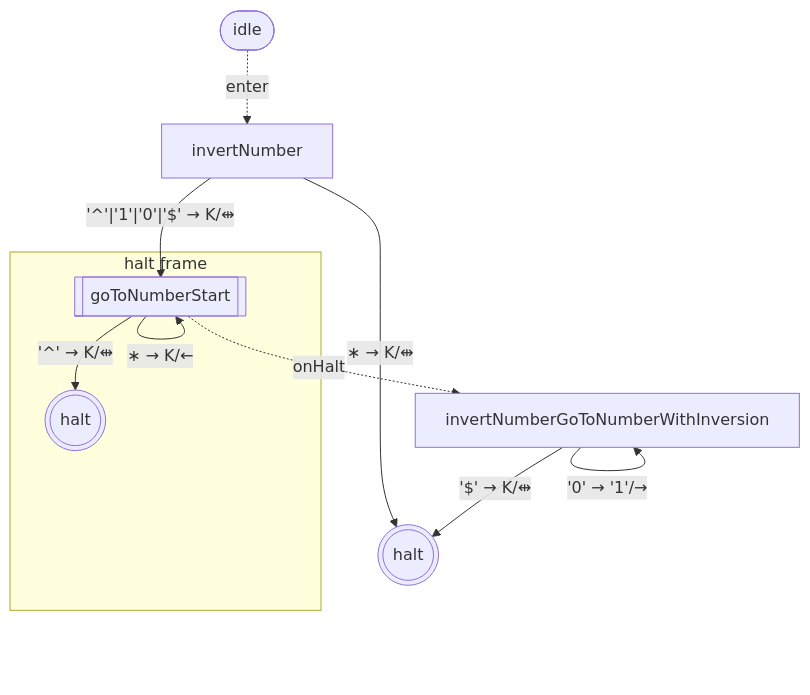
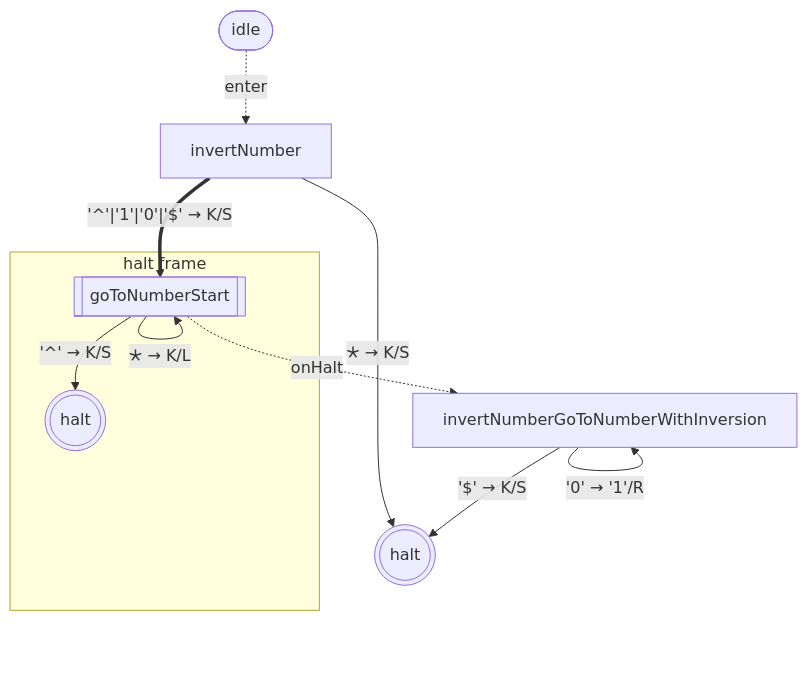
The sixth of 10 diagrams in packages/library-binary-numbers/states.md (mellonis/turing-machine-js), drawn with Mermaid before and after one commit. The commit also changed other lines of this file and 14 other files, not shown here.

First line of the commit message:
polish(emit + docs): readable vocabulary, removed hand-drawn diagrams, dogfooded `summarize`

````diff
--- a/packages/library-binary-numbers/states.md
+++ b/packages/library-binary-numbers/states.md
@@ -96,22 +96,22 @@
 ```mermaid
 flowchart TD
 %% alphabets: [[" ","^","$","0","1"]]
   s0(((halt)))
   s9["invertNumberGoToNumberWithInversion"]
   s11["invertNumber"]
   idle([idle])
   subgraph w_10["halt frame"]
     s10[["goToNumberStart"]]
     c10(((halt)))
   end
   idle -. enter .-> s11
-  s9 -- "'^' → K/→" --> s9
-  s9 -- "'1' → '0'/→" --> s9
-  s9 -- "'0' → '1'/→" --> s9
-  s9 -- "'$' → K/⇹" --> s0
-  s10 -- "'^' → K/⇹" --> c10
-  s10 -- "∗ → K/←" --> s10
+  s9 -- "'^' → K/R" --> s9
+  s9 -- "'1' → '0'/R" --> s9
+  s9 -- "'0' → '1'/R" --> s9
+  s9 -- "'$' → K/S" --> s0
+  s10 -- "'^' → K/S" --> c10
+  s10 -- "🞰 → K/L" --> s10
   s10 -. onHalt .-> s9
-  s11 -- "'^'|'1'|'0'|'$' → K/⇹" --> s10
-  s11 -- "∗ → K/⇹" --> s0
+  s11 == "'^'|'1'|'0'|'$' → K/S" ==> s10
+  s11 -- "🞰 → K/S" --> s0
 ```
````
